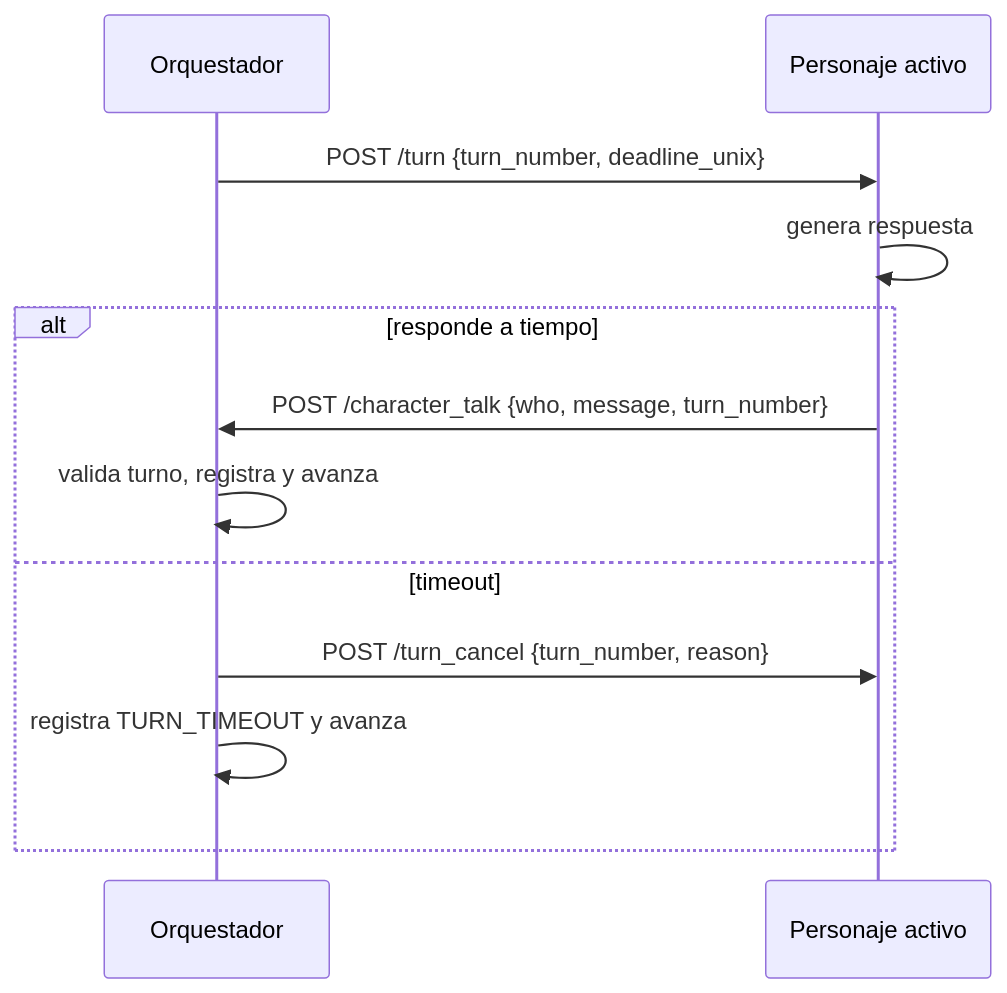
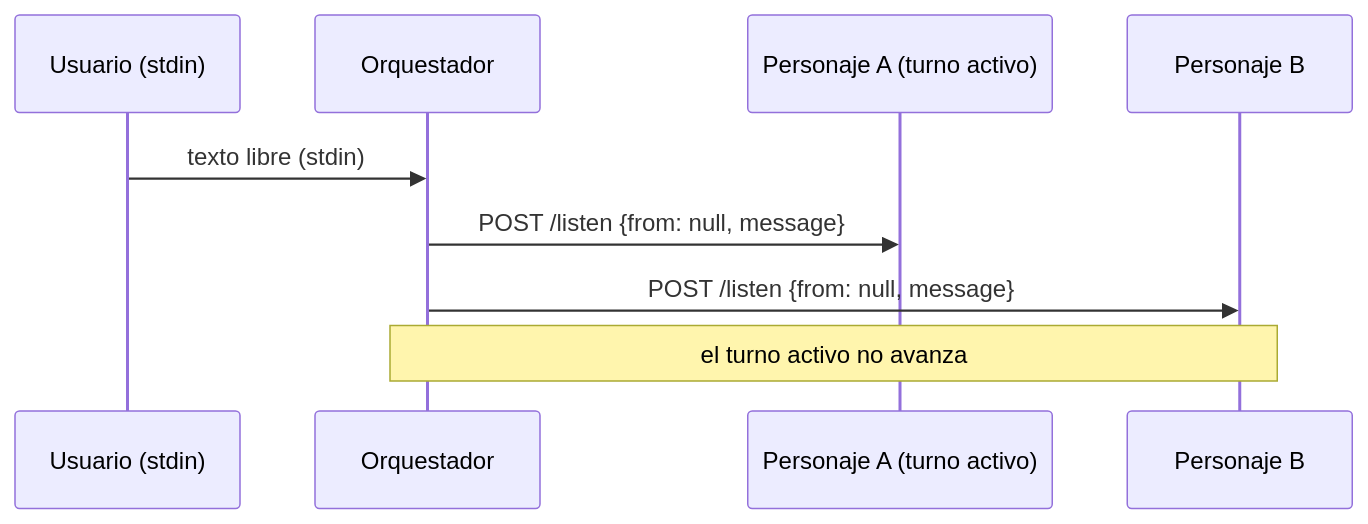
Before and after one commit to yeyopepe/PerSSim: the third of 5 diagrams in interact/docs/design.md, drawn with Mermaid. The commit also changed other lines of this file and 11 other files, not shown here.

````diff
--- a/interact/docs/design.md
+++ b/interact/docs/design.md
@@ -14,15 +78,12 @@
 ```mermaid
 sequenceDiagram
+    participant U as Usuario (stdin)
     participant O as Orquestador
-    participant C as Personaje activo
+    participant Ca as Personaje A (turno activo)
+    participant Cb as Personaje B
 
-    O->>C: POST /turn {turn_number, deadline_unix}
-    C->>C: genera respuesta
-    alt responde a tiempo
-        C->>O: POST /character_talk {who, message, turn_number}
-        O->>O: valida turno, registra y avanza
-    else timeout
-        O->>C: POST /turn_cancel {turn_number, reason}
-        O->>O: registra TURN_TIMEOUT y avanza
-    end
+    U->>O: texto libre (stdin)
+    O->>Ca: POST /listen {from: null, message}
+    O->>Cb: POST /listen {from: null, message}
+    Note over O,Cb: el turno activo no avanza
 ```
````
